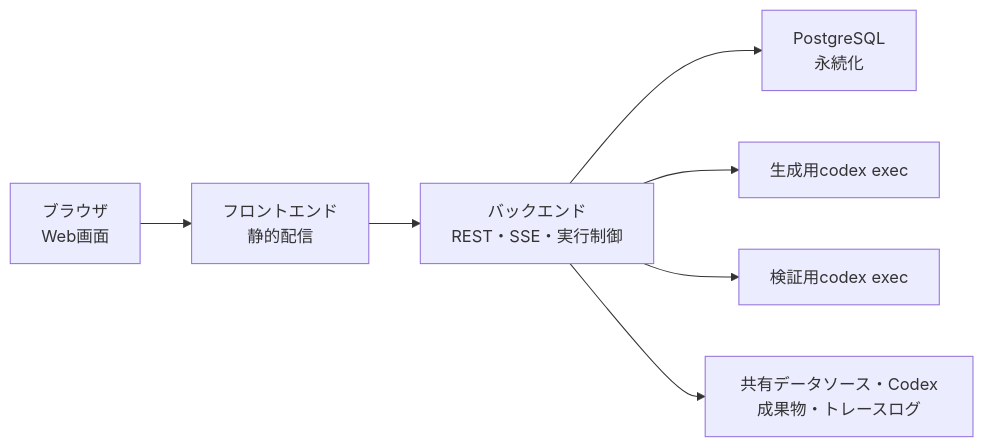
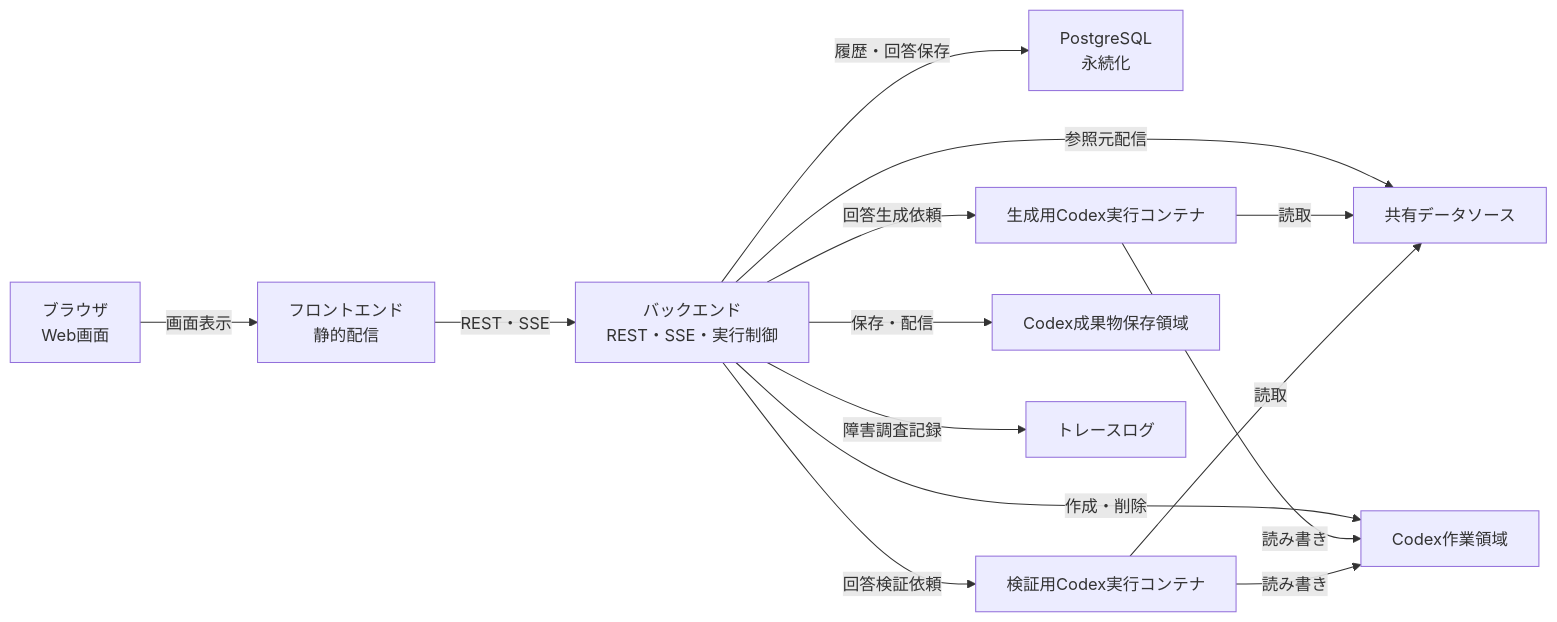
Before and after one commit to mincsys/D-Concierge: the diagram in docs/02_外部設計/01_システム構成/ソフトウェア構成.md, drawn with Mermaid. The commit also changed other lines of this file and 136 other files, not shown here.

````diff
--- a/docs/02_外部設計/01_システム構成/ソフトウェア構成.md
+++ b/docs/02_外部設計/01_システム構成/ソフトウェア構成.md
@@ -16,17 +16,27 @@
 ```mermaid
 flowchart LR
     browser["ブラウザ<br>Web画面"]
     frontend["フロントエンド<br>静的配信"]
     backend["バックエンド<br>REST・SSE・実行制御"]
     db["PostgreSQL<br>永続化"]
-    gen["生成用codex exec"]
-    val["検証用codex exec"]
-    files["共有データソース・Codex成果物・トレースログ"]
+    gen["生成用Codex実行コンテナ"]
+    val["検証用Codex実行コンテナ"]
+    source["共有データソース"]
+    workdir["Codex作業領域"]
+    artifacts["Codex成果物保存領域"]
+    trace["トレースログ"]
 
-    browser --> frontend
-    frontend --> backend
-    backend --> db
-    backend --> gen
-    backend --> val
-    backend --> files
+    browser -->|画面表示| frontend
+    frontend -->|REST・SSE| backend
+    backend -->|履歴・回答保存| db
+    backend -->|回答生成依頼| gen
+    backend -->|回答検証依頼| val
+    backend -->|参照元配信| source
+    backend -->|作成・削除| workdir
+    backend -->|保存・配信| artifacts
+    backend -->|障害調査記録| trace
+    gen -->|読取| source
+    gen -->|読み書き| workdir
+    val -->|読取| source
+    val -->|読み書き| workdir
 ```
````
